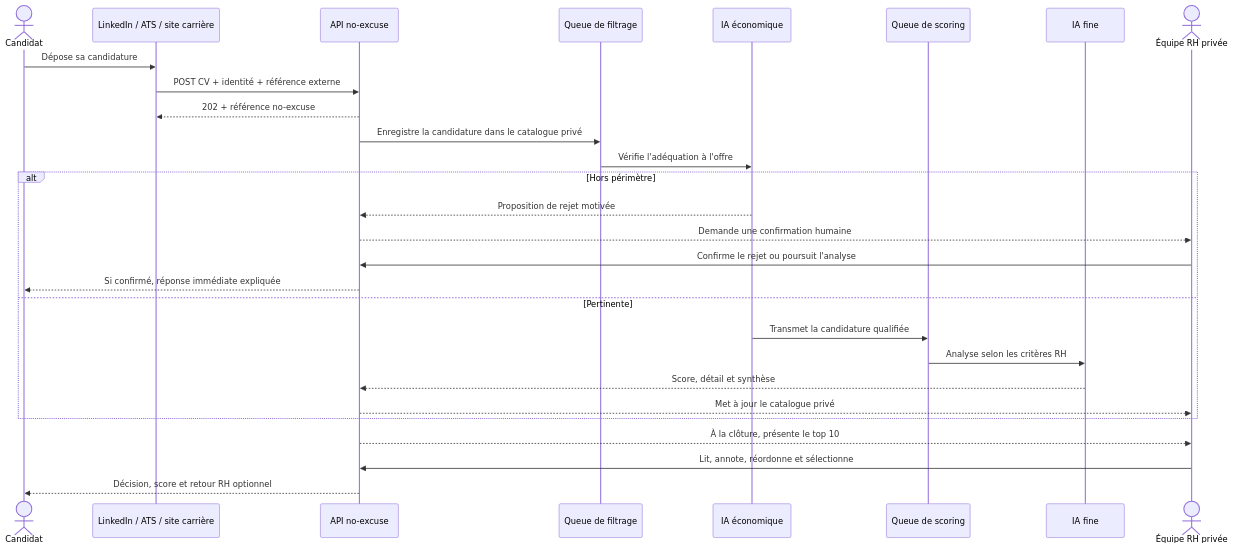
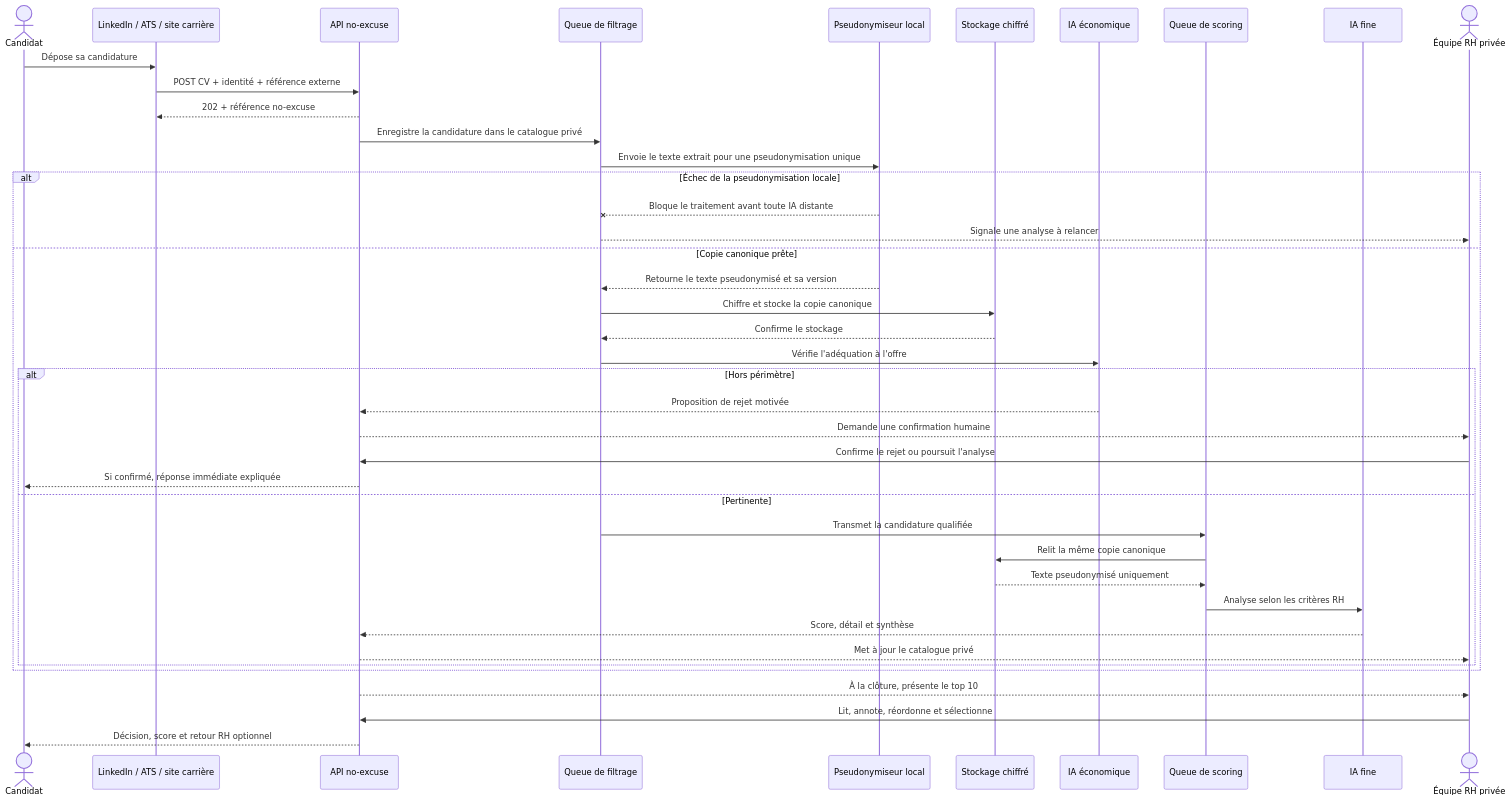
The diagram in README.md (Axxon/no-excuse), drawn with Mermaid before and after one commit. The commit also changed other lines of this file and 20 other files, not shown here.

````diff
--- a/README.md
+++ b/README.md
@@ -7,31 +7,44 @@
 ```mermaid
 sequenceDiagram
     actor C as Candidat
     participant X as LinkedIn / ATS / site carrière
     participant API as API no-excuse
     participant Q1 as Queue de filtrage
+    participant P as Pseudonymiseur local
+    participant S as Stockage chiffré
     participant IA1 as IA économique
     participant Q2 as Queue de scoring
     participant IA2 as IA fine
     actor RH as Équipe RH privée
 
     C->>X: Dépose sa candidature
     X->>API: POST CV + identité + référence externe
     API-->>X: 202 + référence no-excuse
     API->>Q1: Enregistre la candidature dans le catalogue privé
-    Q1->>IA1: Vérifie l'adéquation à l'offre
-    alt Hors périmètre
-        IA1-->>API: Proposition de rejet motivée
-        API-->>RH: Demande une confirmation humaine
-        RH->>API: Confirme le rejet ou poursuit l'analyse
-        API-->>C: Si confirmé, réponse immédiate expliquée
-    else Pertinente
-        IA1->>Q2: Transmet la candidature qualifiée
-        Q2->>IA2: Analyse selon les critères RH
-        IA2-->>API: Score, détail et synthèse
-        API-->>RH: Met à jour le catalogue privé
+    Q1->>P: Envoie le texte extrait pour une pseudonymisation unique
+    alt Échec de la pseudonymisation locale
+        P--xQ1: Bloque le traitement avant toute IA distante
+        Q1-->>RH: Signale une analyse à relancer
+    else Copie canonique prête
+        P-->>Q1: Retourne le texte pseudonymisé et sa version
+        Q1->>S: Chiffre et stocke la copie canonique
+        S-->>Q1: Confirme le stockage
+        Q1->>IA1: Vérifie l'adéquation à l'offre
+        alt Hors périmètre
+            IA1-->>API: Proposition de rejet motivée
+            API-->>RH: Demande une confirmation humaine
+            RH->>API: Confirme le rejet ou poursuit l'analyse
+            API-->>C: Si confirmé, réponse immédiate expliquée
+        else Pertinente
+            Q1->>Q2: Transmet la candidature qualifiée
+            Q2->>S: Relit la même copie canonique
+            S-->>Q2: Texte pseudonymisé uniquement
+            Q2->>IA2: Analyse selon les critères RH
+            IA2-->>API: Score, détail et synthèse
+            API-->>RH: Met à jour le catalogue privé
+        end
     end
     API-->>RH: À la clôture, présente le top 10
     RH->>API: Lit, annote, réordonne et sélectionne
     API-->>C: Décision, score et retour RH optionnel
 ```
````
